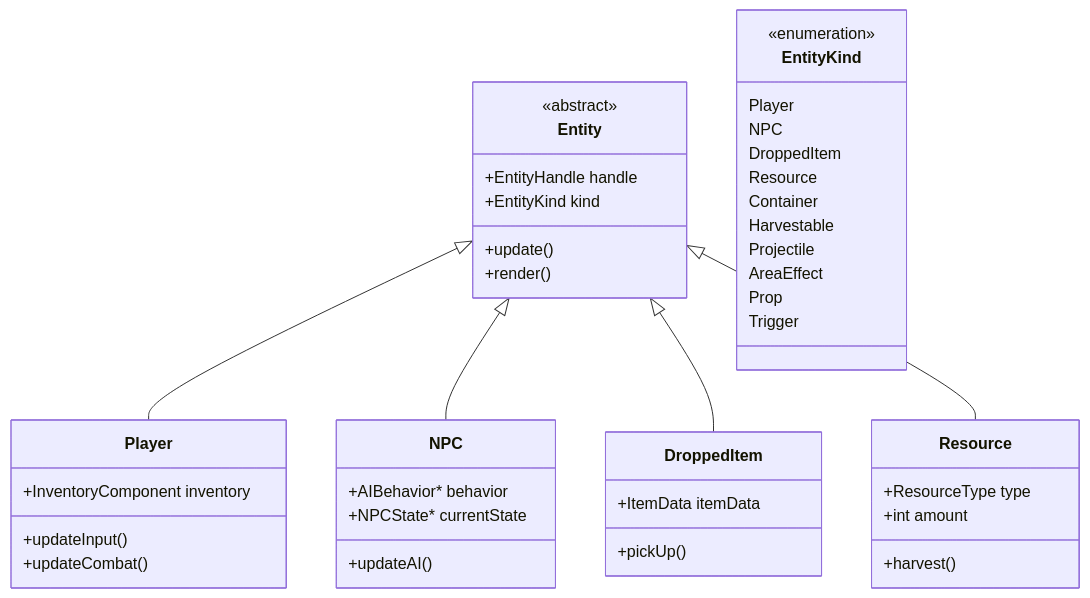
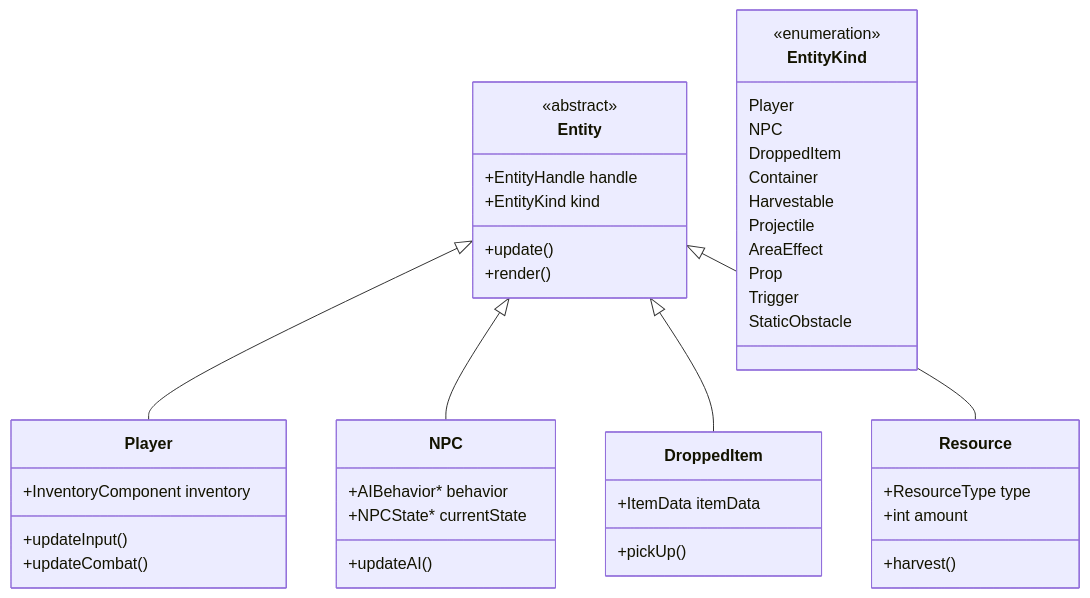
The sixth of 12 diagrams in docs/ARCHITECTURE.md (Ronin15/SDL3_HammerEngine_Template), drawn with Mermaid before and after one commit. The commit also changed other lines of this file and 12 other files, not shown here.

````diff
--- a/docs/ARCHITECTURE.md
+++ b/docs/ARCHITECTURE.md
@@ -224,52 +232,52 @@
 ```mermaid
 classDiagram
     class Entity {
         <<abstract>>
         +EntityHandle handle
         +EntityKind kind
         +update()
         +render()
     }
 
     class Player {
         +InventoryComponent inventory
         +updateInput()
         +updateCombat()
     }
 
     class NPC {
         +AIBehavior* behavior
         +NPCState* currentState
         +updateAI()
     }
 
     class DroppedItem {
         +ItemData itemData
         +pickUp()
     }
 
     class Resource {
         +ResourceType type
         +int amount
         +harvest()
     }
 
     Entity <|-- Player
     Entity <|-- NPC
     Entity <|-- DroppedItem
     Entity <|-- Resource
 
     class EntityKind {
         <<enumeration>>
         Player
         NPC
         DroppedItem
-        Resource
         Container
         Harvestable
         Projectile
         AreaEffect
         Prop
         Trigger
+        StaticObstacle
     }
 ```
````
